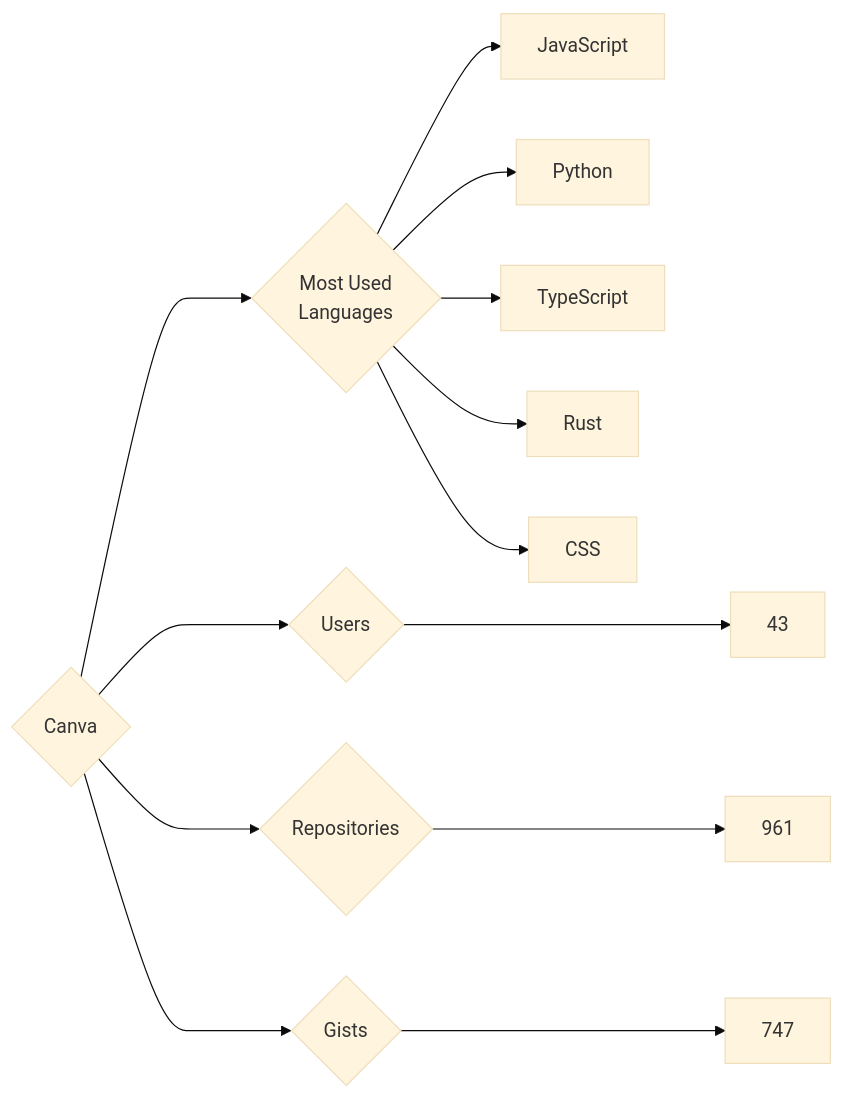
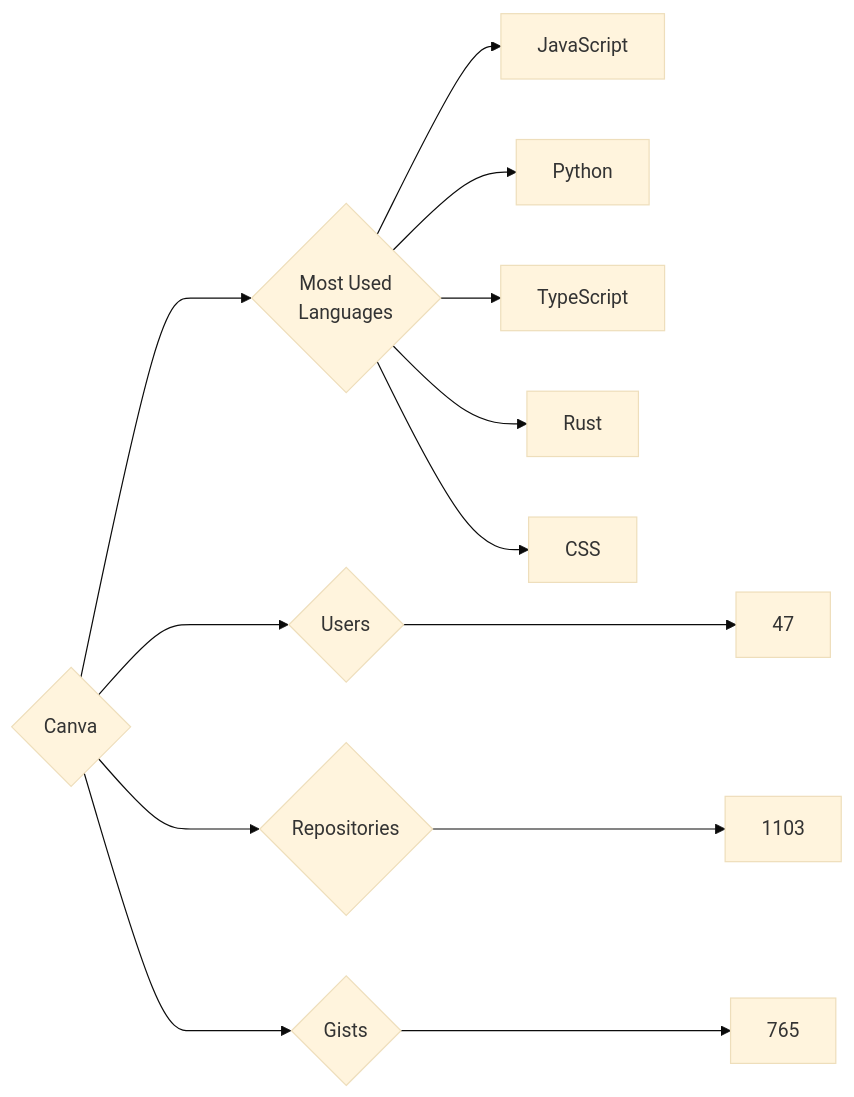
The diagram in targets/Canva/README.md (trickest/insiders), drawn with Mermaid (base theme) before and after one commit. The commit also changed 723 other files, not shown here.

````diff
--- a/targets/Canva/README.md
+++ b/targets/Canva/README.md
@@ -3,13 +3,13 @@
 ```mermaid
 graph LR
 COMPANY_NAME{Canva}
-COMPANY_NAME ---> U{Users} ---> UN[43]
-COMPANY_NAME ---> R{Repositories} ---> RN[961]
-COMPANY_NAME ---> G{Gists} ---> GN[747]
+COMPANY_NAME ---> U{Users} ---> UN[47]
+COMPANY_NAME ---> R{Repositories} ---> RN[1103]
+COMPANY_NAME ---> G{Gists} ---> GN[765]
 COMPANY_NAME ---> ML{Most Used<br>Languages}
 ML --> JavaScript[JavaScript]
 ML --> Python[Python]
 ML --> TypeScript[TypeScript]
 ML --> Rust[Rust]
 ML --> CSS[CSS]
 ```
````
